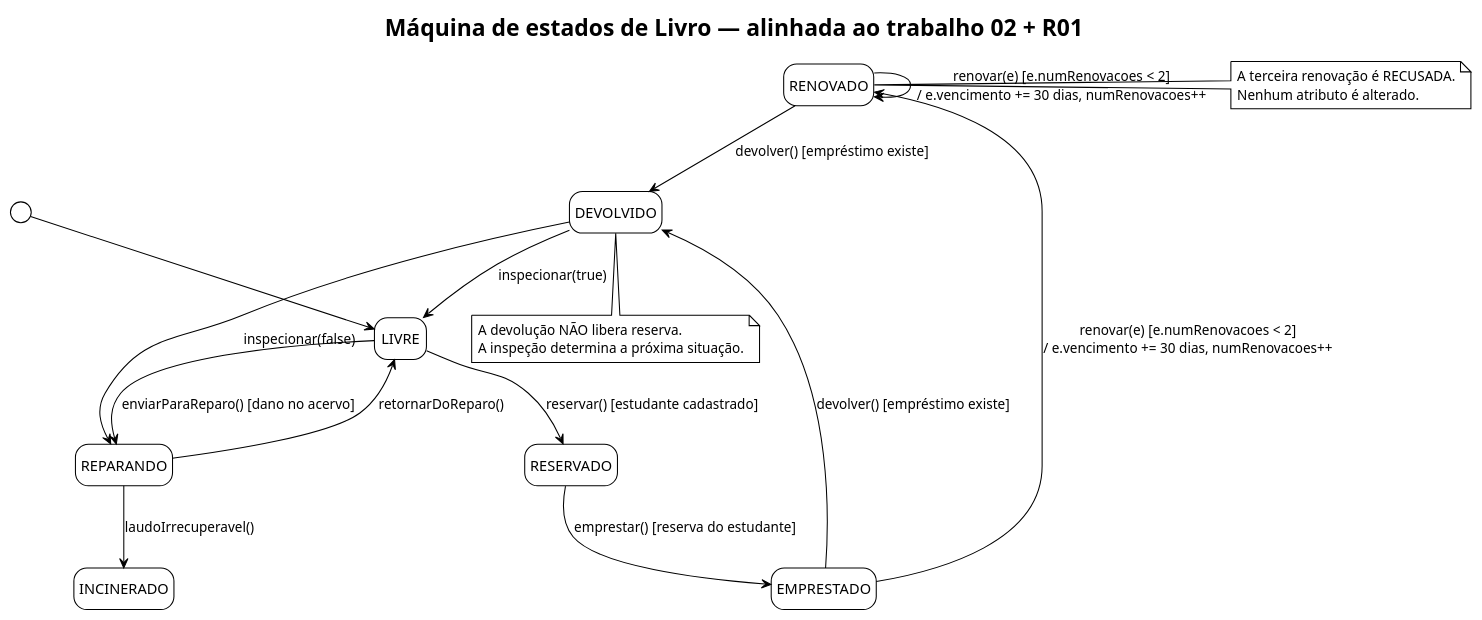
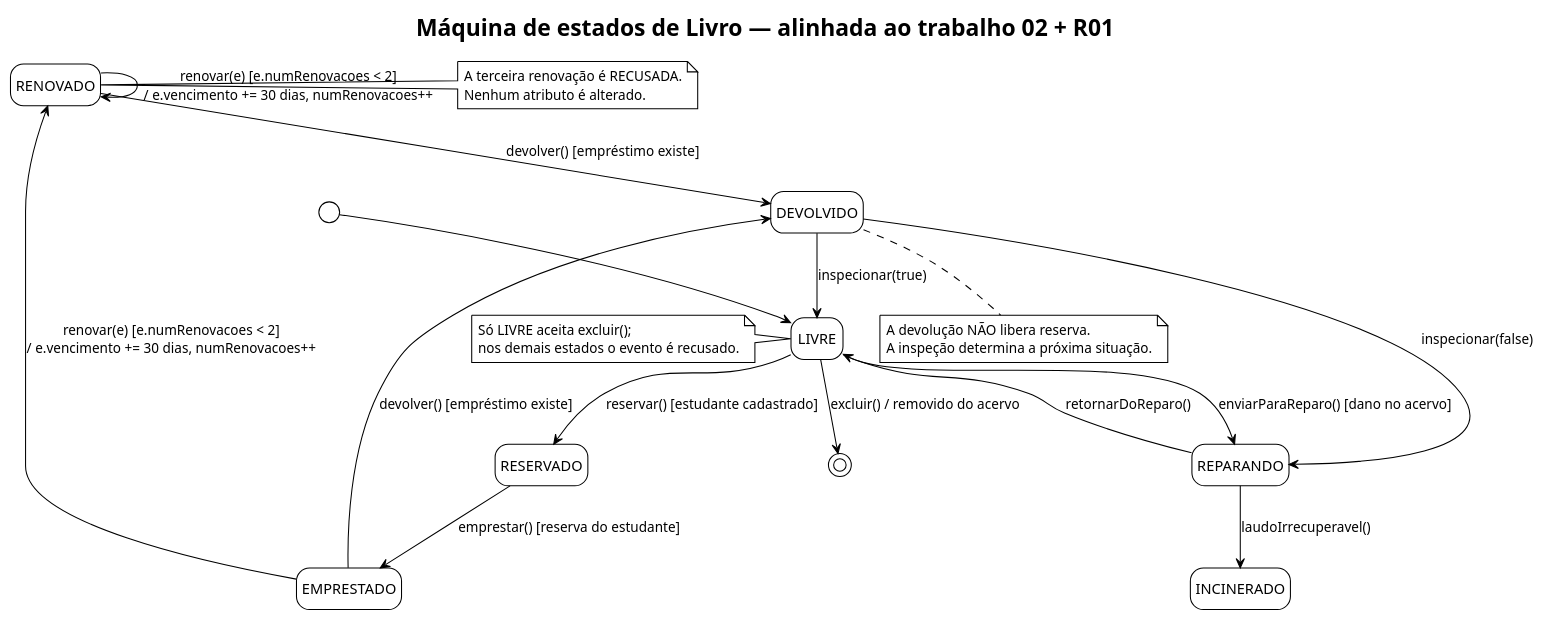
One commit to nikollygsilva/biblioteca-gof-java changed the diagram in docs/uml/estado_livro.puml. Above: the diagram before and after it, drawn with PlantUML. The commit also changed 6 other files, not shown here.

```diff
--- a/docs/uml/estado_livro.puml
+++ b/docs/uml/estado_livro.puml
@@ -1,25 +1,30 @@
 @startuml
 !theme plain
 title Máquina de estados de Livro — alinhada ao trabalho 02 + R01
 hide empty description
 [*] --> LIVRE
 LIVRE --> RESERVADO : reservar() [estudante cadastrado]
 RESERVADO --> EMPRESTADO : emprestar() [reserva do estudante]
 EMPRESTADO --> RENOVADO : renovar(e) [e.numRenovacoes < 2]\n/ e.vencimento += 30 dias, numRenovacoes++
 RENOVADO --> RENOVADO : renovar(e) [e.numRenovacoes < 2]\n/ e.vencimento += 30 dias, numRenovacoes++
 EMPRESTADO --> DEVOLVIDO : devolver() [empréstimo existe]
 RENOVADO --> DEVOLVIDO : devolver() [empréstimo existe]
 DEVOLVIDO --> LIVRE : inspecionar(true)
 DEVOLVIDO --> REPARANDO : inspecionar(false)
 LIVRE --> REPARANDO : enviarParaReparo() [dano no acervo]
 REPARANDO --> LIVRE : retornarDoReparo()
 REPARANDO --> INCINERADO : laudoIrrecuperavel()
+LIVRE --> [*] : excluir() / removido do acervo
 note right of RENOVADO
   A terceira renovação é RECUSADA.
   Nenhum atributo é alterado.
+end note
+note left of LIVRE
+  Só LIVRE aceita excluir();
+  nos demais estados o evento é recusado.
 end note
 note bottom of DEVOLVIDO
   A devolução NÃO libera reserva.
   A inspeção determina a próxima situação.
 end note
 @enduml
```
